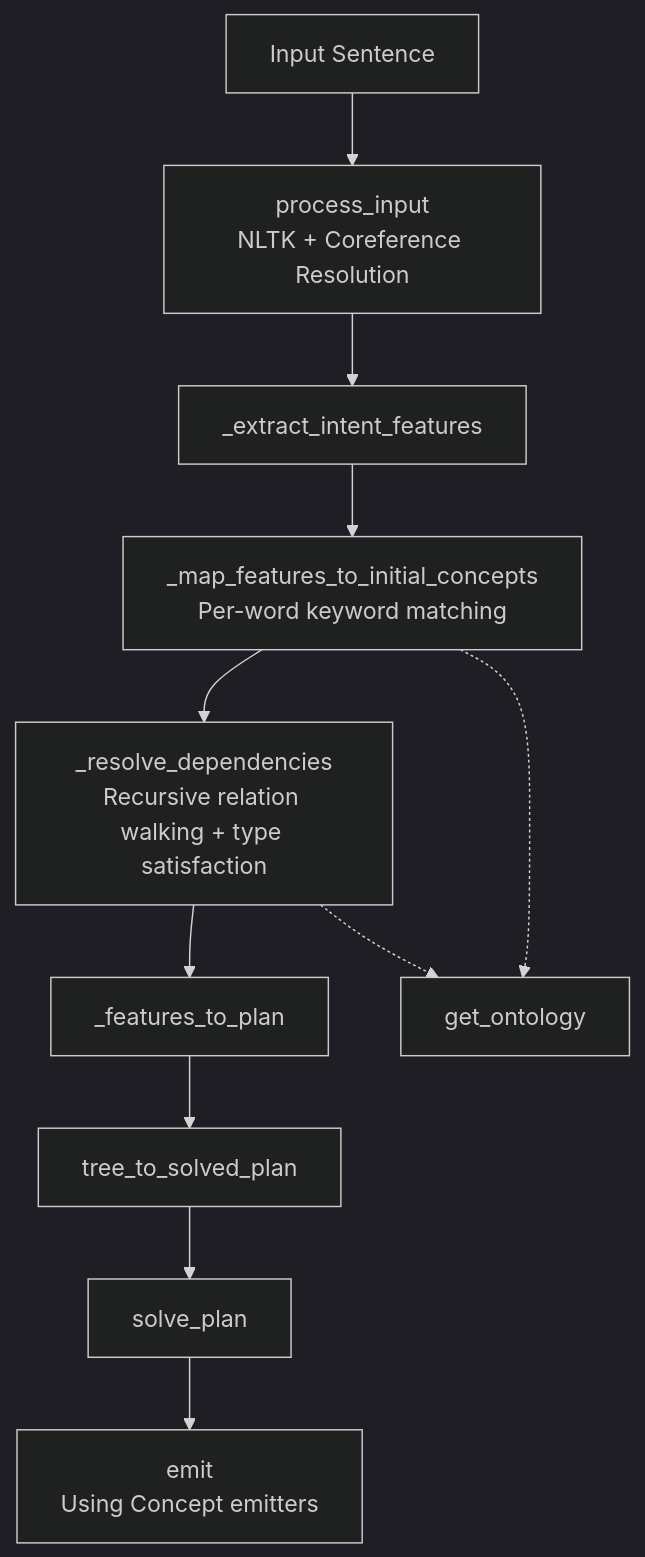
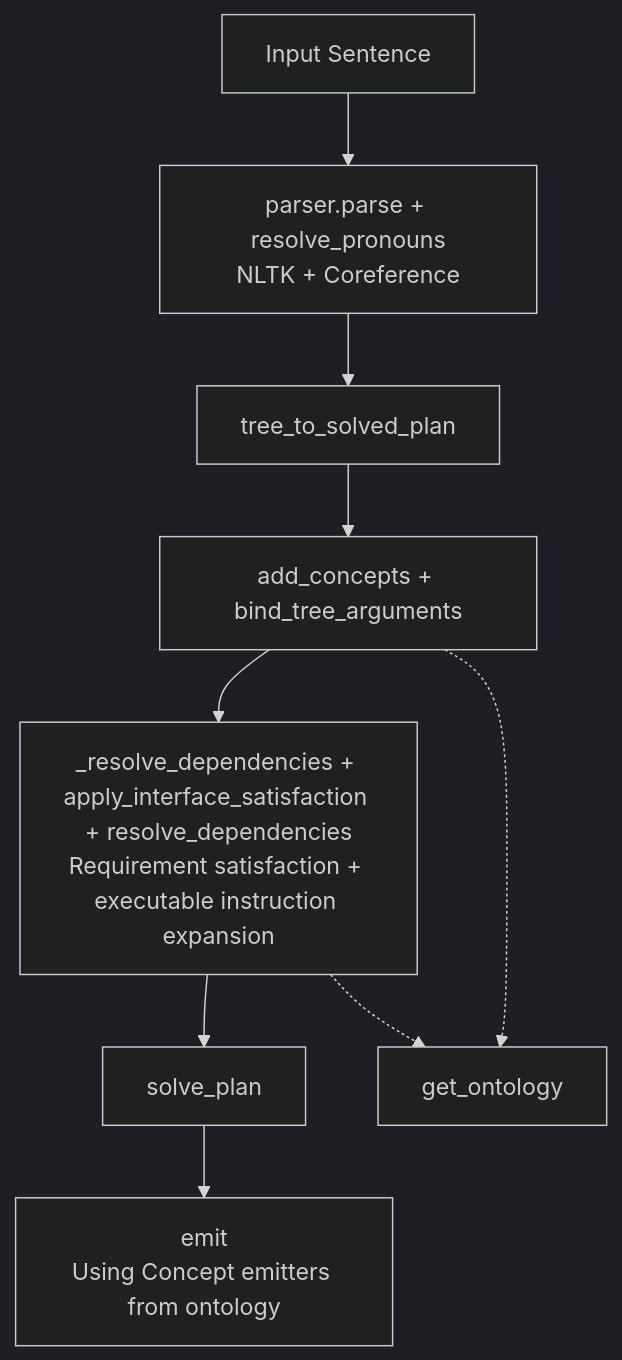
The first of 2 diagrams in README.md (blmayer/brain), drawn with Mermaid (dark theme) before and after one commit. The commit also changed other lines of this file and 182 other files, not shown here.

````diff
--- a/README.md
+++ b/README.md
@@ -19,22 +19,18 @@
 ```mermaid
 flowchart TD
     A[Input Sentence] 
-    --> B[process_input<br/>NLTK + Coreference Resolution]
+    --> B[parser.parse + resolve_pronouns<br/>NLTK + Coreference]
     
-    B --> C[_extract_intent_features]
+    B --> C[tree_to_solved_plan]
     
-    C --> D[_map_features_to_initial_concepts<br/>Per-word keyword matching]
+    C --> D[add_concepts + bind_tree_arguments]
     
-    D --> E[_resolve_dependencies<br/>Recursive relation walking + type satisfaction]
+    D --> E[_resolve_dependencies + apply_interface_satisfaction + resolve_dependencies<br/>Requirement satisfaction + executable instruction expansion]
     
-    E --> F[_features_to_plan]
+    E --> F[solve_plan]
     
-    F --> G[tree_to_solved_plan]
+    F --> G[emit<br/>Using Concept emitters from ontology]
     
-    G --> H[solve_plan]
-    
-    H --> I[emit<br/>Using Concept emitters]
-    
-    D -.-> J[get_ontology]
-    E -.-> J
+    D -.-> H[get_ontology]
+    E -.-> H
 ```
````
